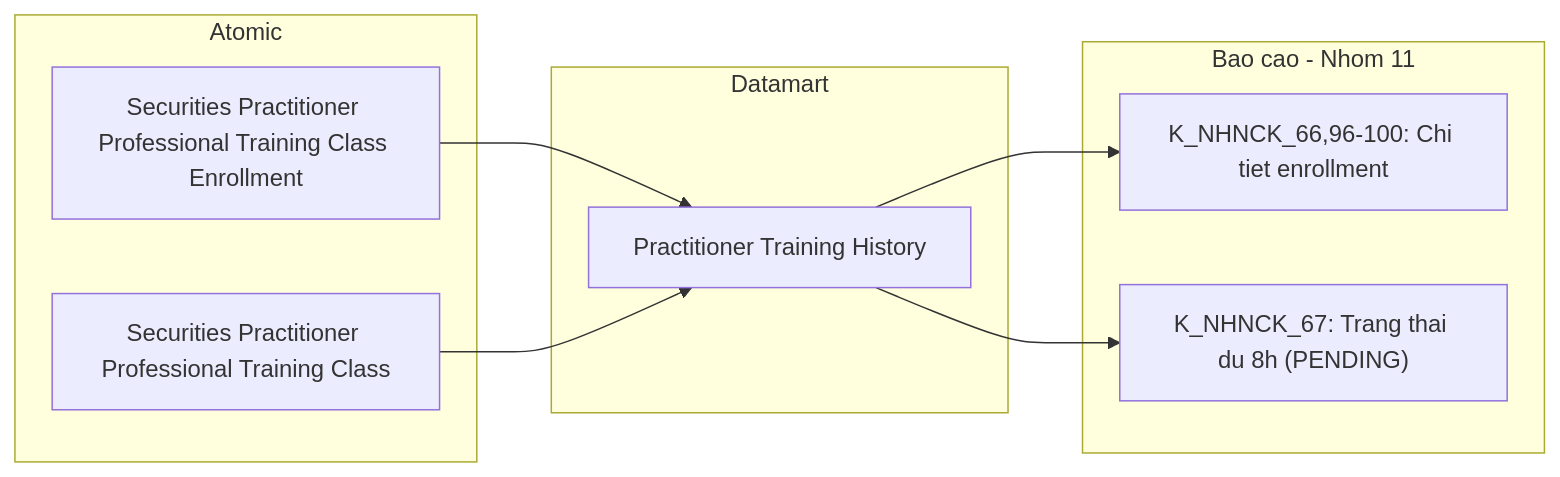
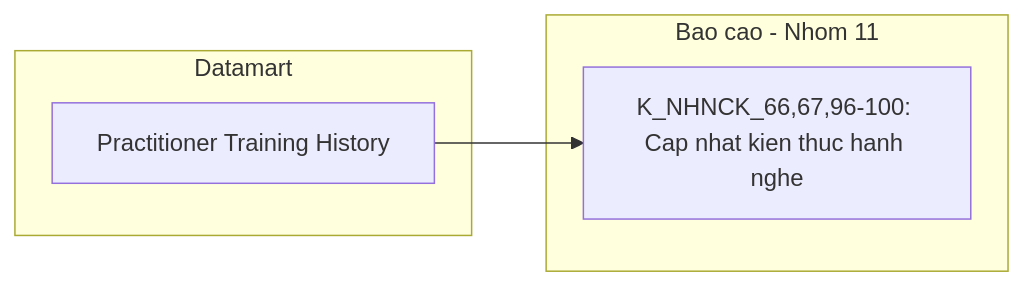
One commit to linhlvit/ubck_atomic_design changed diagram 35 of 40 in Datamart/hld/DTM_NHNCK_HLD.md. Above: the diagram before and after it, drawn with Mermaid. The commit also changed other lines of this file and 35 other files, not shown here.

````diff
--- a/Datamart/hld/DTM_NHNCK_HLD.md
+++ b/Datamart/hld/DTM_NHNCK_HLD.md
@@ -1465,18 +1421,10 @@
 ```mermaid
 flowchart LR
-    subgraph SIL["Atomic"]
-        SV1["Securities Practitioner Professional Training Class Enrollment"]
-        SV2["Securities Practitioner Professional Training Class"]
-    end
     subgraph Datamart["Datamart"]
         G1["Practitioner Training History"]
     end
     subgraph RPT["Bao cao - Nhom 11"]
-        R1["K_NHNCK_66,96-100: Chi tiet enrollment"]
-        R2["K_NHNCK_67: Trang thai du 8h (PENDING)"]
+        R1["K_NHNCK_66,67,96-100: Cap nhat kien thuc hanh nghe"]
     end
-    SV1 --> G1
-    SV2 --> G1
     G1 --> R1
-    G1 --> R2
 ```
````
